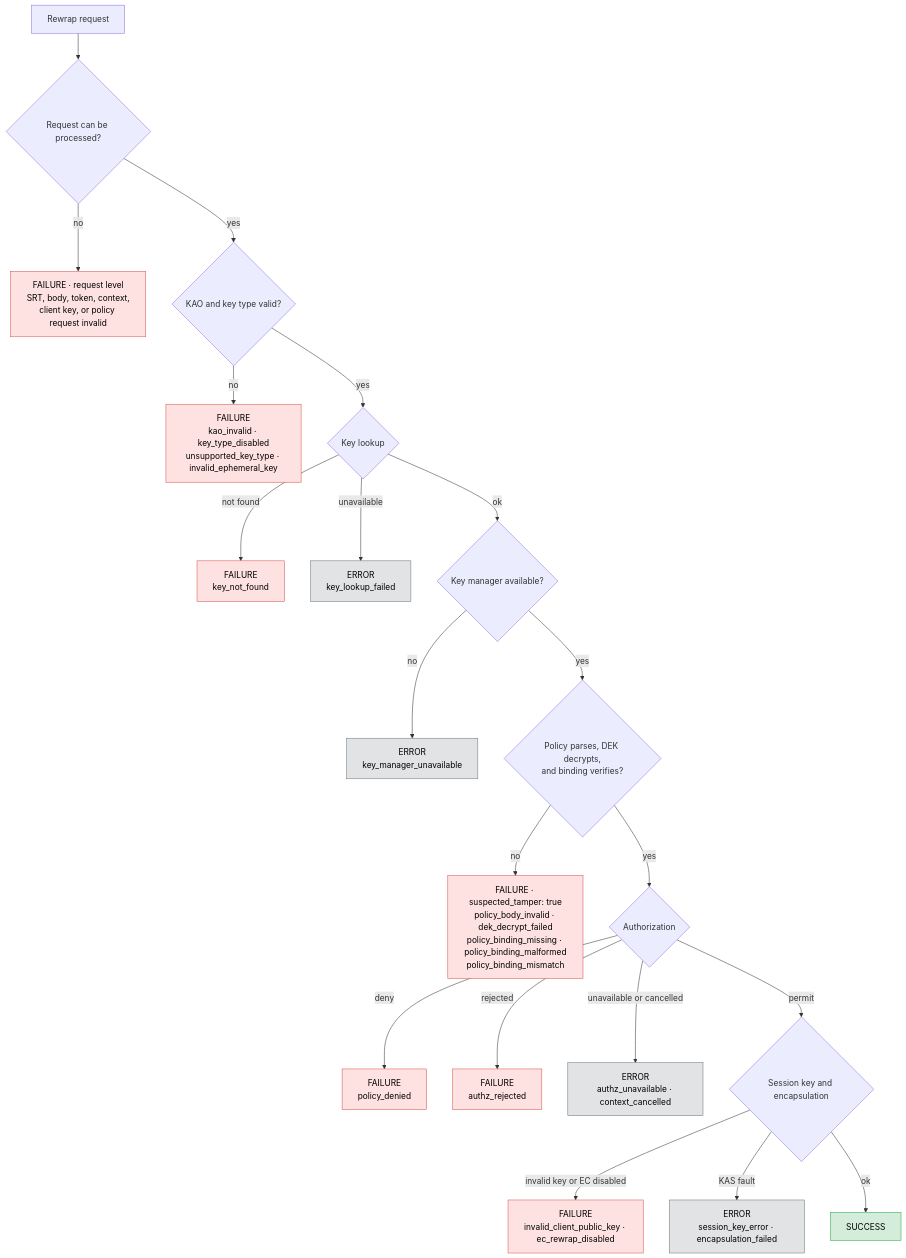
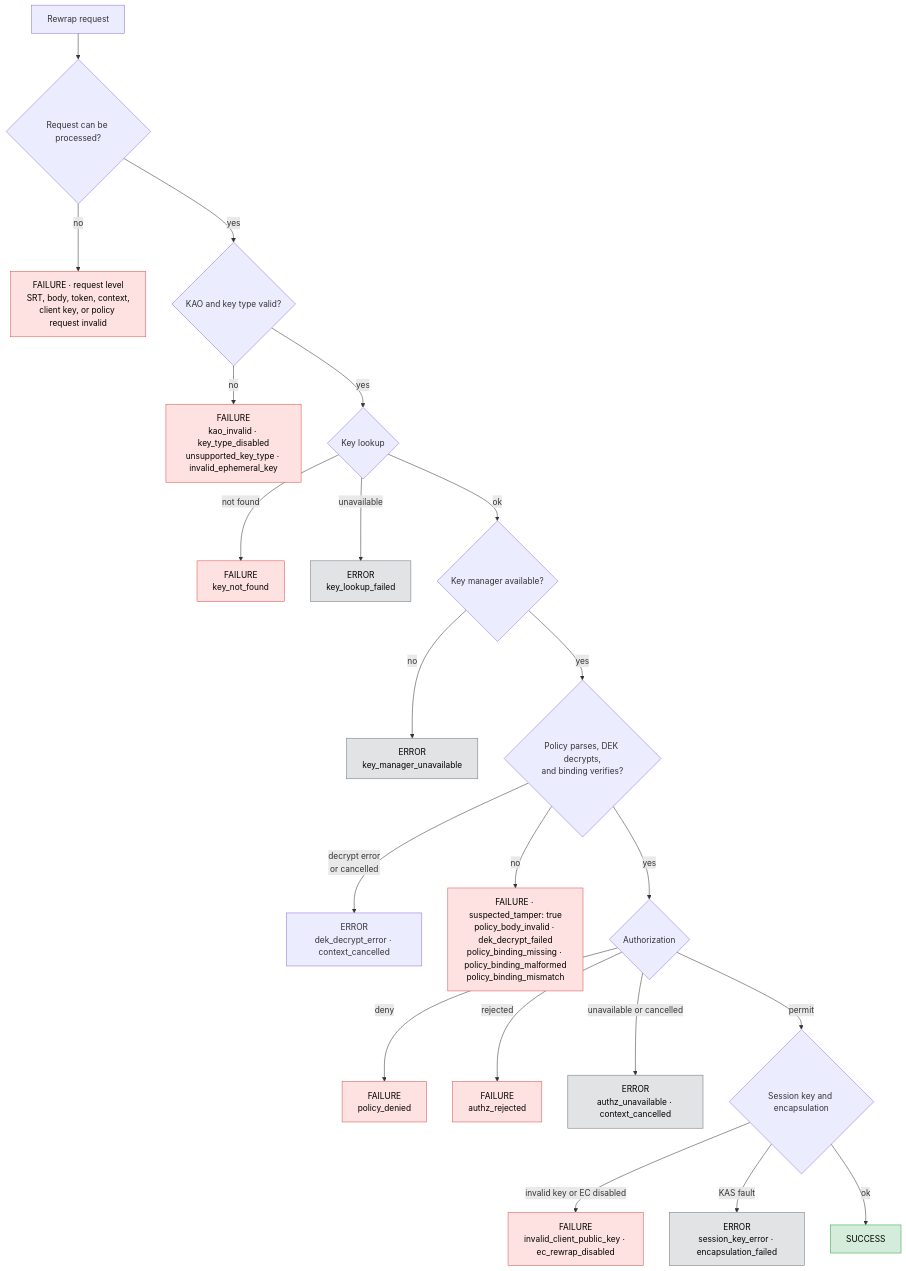
The diagram in service/kas/access/REWRAP_AUDIT.md (opentdf/platform), drawn with Mermaid before and after one commit. The commit also changed other lines of this file and 7 other files, not shown here.

````diff
--- a/service/kas/access/REWRAP_AUDIT.md
+++ b/service/kas/access/REWRAP_AUDIT.md
@@ -9,29 +9,30 @@
 ```mermaid
 flowchart TD
     A[Rewrap request] --> B{Request can be processed?}
     B -->|no| F1["FAILURE · request level<br/>SRT, body, token, context,<br/>client key, or policy request invalid"]
     B -->|yes| C{"KAO and key type valid?"}
     C -->|no| F2["FAILURE<br/>kao_invalid · key_type_disabled<br/>unsupported_key_type · invalid_ephemeral_key"]
     C -->|yes| K{Key lookup}
     K -->|not found| F7["FAILURE<br/>key_not_found"]
     K -->|unavailable| E0["ERROR<br/>key_lookup_failed"]
     K -->|ok| M{Key manager available?}
     M -->|no| E3["ERROR<br/>key_manager_unavailable"]
     M -->|yes| D{"Policy parses, DEK decrypts,<br/>and binding verifies?"}
+    D -->|"decrypt error<br/>or cancelled"| E4["ERROR<br/>dek_decrypt_error · context_cancelled"]
     D -->|no| F3["FAILURE · suspected_tamper: true<br/>policy_body_invalid · dek_decrypt_failed<br/>policy_binding_missing · policy_binding_malformed<br/>policy_binding_mismatch"]
     D -->|yes| E{Authorization}
     E -->|deny| F4["FAILURE<br/>policy_denied"]
     E -->|rejected| F5["FAILURE<br/>authz_rejected"]
     E -->|unavailable or cancelled| E1["ERROR<br/>authz_unavailable · context_cancelled"]
     E -->|permit| G{Session key and encapsulation}
     G -->|invalid key or EC disabled| F6["FAILURE<br/>invalid_client_public_key · ec_rewrap_disabled"]
     G -->|KAS fault| E2["ERROR<br/>session_key_error · encapsulation_failed"]
     G -->|ok| S[SUCCESS]
 
     classDef success fill:#d4edda,stroke:#28a745,color:#000
     classDef failure fill:#fde2e1,stroke:#d9534f,color:#000
     classDef error fill:#e2e3e5,stroke:#6c757d,color:#000
     class S success
     class F1,F2,F3,F4,F5,F6,F7 failure
     class E0,E1,E2,E3 error
 ```
````
